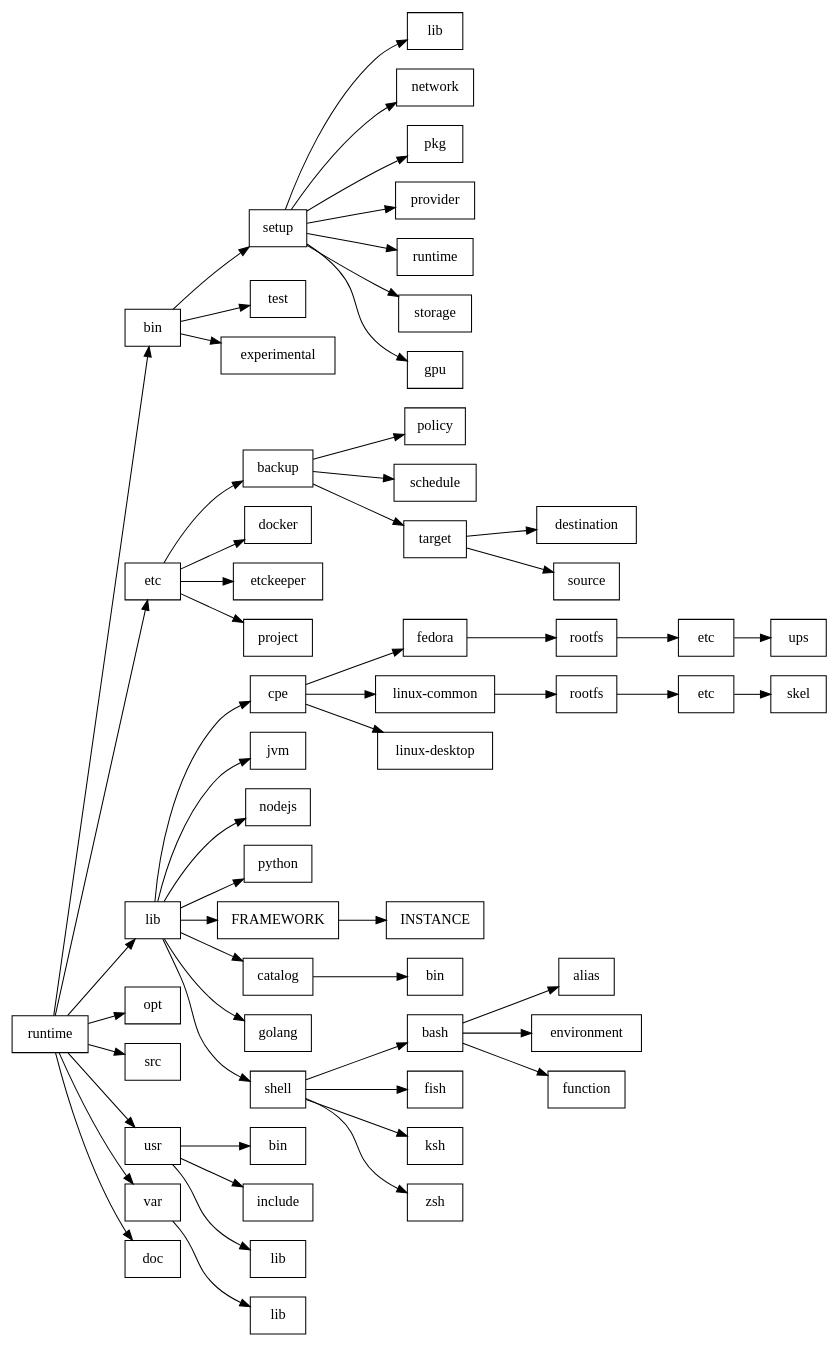
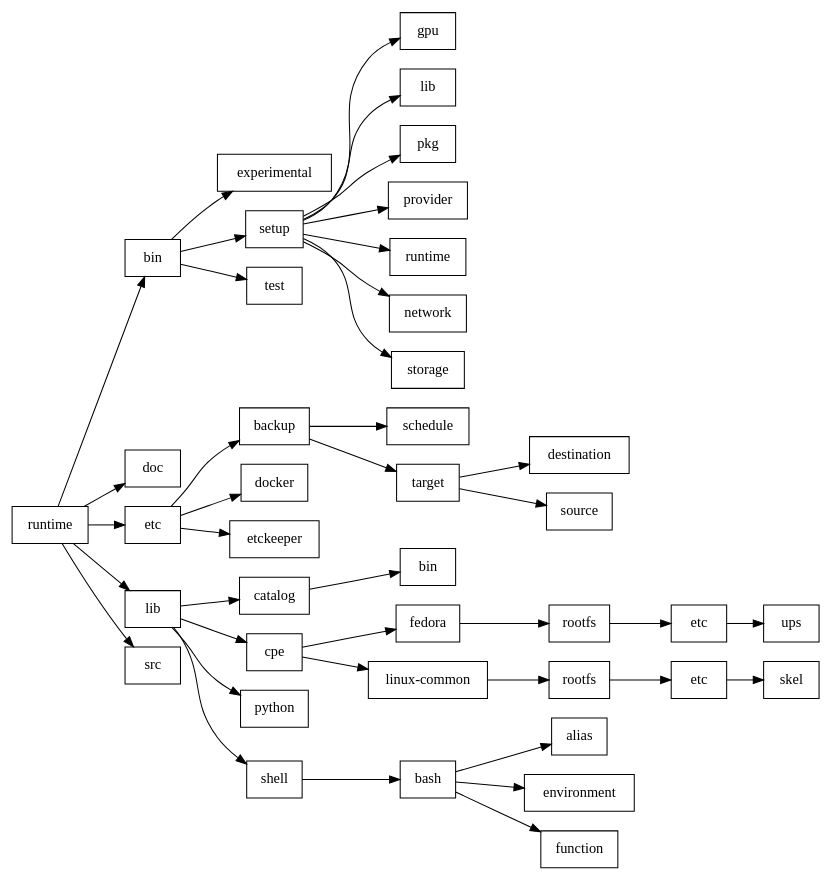
One commit to CDSRV/runtime changed the diagram in doc/runtime-tree.dot. Above: the diagram before and after it, drawn with Graphviz. The commit also changed 4 other files, not shown here.

```diff
--- a/doc/runtime-tree.dot
+++ b/doc/runtime-tree.dot
@@ -1,119 +1,83 @@
 digraph runtime {
 rankdir=LR;
 graph [fontname = helvetica];
 node [shape=record];
 "runtime" -> "runtime/bin";
 "runtime/bin" [label="bin"];
+"runtime/bin" -> "runtime/bin/experimental";
+"runtime/bin/experimental" [label="experimental"];
 "runtime/bin" -> "runtime/bin/setup";
 "runtime/bin/setup" [label="setup"];
+"runtime/bin/setup" -> "runtime/bin/setup/gpu";
+"runtime/bin/setup/gpu" [label="gpu"];
 "runtime/bin/setup" -> "runtime/bin/setup/lib";
 "runtime/bin/setup/lib" [label="lib"];
-"runtime/bin/setup" -> "runtime/bin/setup/network";
-"runtime/bin/setup/network" [label="network"];
 "runtime/bin/setup" -> "runtime/bin/setup/pkg";
 "runtime/bin/setup/pkg" [label="pkg"];
 "runtime/bin/setup" -> "runtime/bin/setup/provider";
 "runtime/bin/setup/provider" [label="provider"];
 "runtime/bin/setup" -> "runtime/bin/setup/runtime";
 "runtime/bin/setup/runtime" [label="runtime"];
+"runtime/bin/setup" -> "runtime/bin/setup/network";
+"runtime/bin/setup/network" [label="network"];
 "runtime/bin/setup" -> "runtime/bin/setup/storage";
 "runtime/bin/setup/storage" [label="storage"];
-"runtime/bin/setup" -> "runtime/bin/setup/gpu";
-"runtime/bin/setup/gpu" [label="gpu"];
 "runtime/bin" -> "runtime/bin/test";
 "runtime/bin/test" [label="test"];
-"runtime/bin" -> "runtime/bin/experimental";
-"runtime/bin/experimental" [label="experimental"];
+"runtime" -> "runtime/doc";
+"runtime/doc" [label="doc"];
 "runtime" -> "runtime/etc";
 "runtime/etc" [label="etc"];
 "runtime/etc" -> "runtime/etc/backup";
 "runtime/etc/backup" [label="backup"];
-"runtime/etc/backup" -> "runtime/etc/backup/policy";
-"runtime/etc/backup/policy" [label="policy"];
 "runtime/etc/backup" -> "runtime/etc/backup/schedule";
 "runtime/etc/backup/schedule" [label="schedule"];
 "runtime/etc/backup" -> "runtime/etc/backup/target";
 "runtime/etc/backup/target" [label="target"];
 "runtime/etc/backup/target" -> "runtime/etc/backup/target/destination";
 "runtime/etc/backup/target/destination" [label="destination"];
 "runtime/etc/backup/target" -> "runtime/etc/backup/target/source";
 "runtime/etc/backup/target/source" [label="source"];
 "runtime/etc" -> "runtime/etc/docker";
 "runtime/etc/docker" [label="docker"];
 "runtime/etc" -> "runtime/etc/etckeeper";
 "runtime/etc/etckeeper" [label="etckeeper"];
-"runtime/etc" -> "runtime/etc/project";
-"runtime/etc/project" [label="project"];
 "runtime" -> "runtime/lib";
 "runtime/lib" [label="lib"];
+"runtime/lib" -> "runtime/lib/catalog";
+"runtime/lib/catalog" [label="catalog"];
+"runtime/lib/catalog" -> "runtime/lib/catalog/bin";
+"runtime/lib/catalog/bin" [label="bin"];
 "runtime/lib" -> "runtime/lib/cpe";
 "runtime/lib/cpe" [label="cpe"];
 "runtime/lib/cpe" -> "runtime/lib/cpe/fedora";
 "runtime/lib/cpe/fedora" [label="fedora"];
 "runtime/lib/cpe/fedora" -> "runtime/lib/cpe/fedora/rootfs";
 "runtime/lib/cpe/fedora/rootfs" [label="rootfs"];
 "runtime/lib/cpe/fedora/rootfs" -> "runtime/lib/cpe/fedora/rootfs/etc";
 "runtime/lib/cpe/fedora/rootfs/etc" [label="etc"];
 "runtime/lib/cpe/fedora/rootfs/etc" -> "runtime/lib/cpe/fedora/rootfs/etc/ups";
 "runtime/lib/cpe/fedora/rootfs/etc/ups" [label="ups"];
 "runtime/lib/cpe" -> "runtime/lib/cpe/linux-common";
 "runtime/lib/cpe/linux-common" [label="linux-common"];
 "runtime/lib/cpe/linux-common" -> "runtime/lib/cpe/linux-common/rootfs";
 "runtime/lib/cpe/linux-common/rootfs" [label="rootfs"];
 "runtime/lib/cpe/linux-common/rootfs" -> "runtime/lib/cpe/linux-common/rootfs/etc";
 "runtime/lib/cpe/linux-common/rootfs/etc" [label="etc"];
 "runtime/lib/cpe/linux-common/rootfs/etc" -> "runtime/lib/cpe/linux-common/rootfs/etc/skel";
 "runtime/lib/cpe/linux-common/rootfs/etc/skel" [label="skel"];
-"runtime/lib/cpe" -> "runtime/lib/cpe/linux-desktop";
-"runtime/lib/cpe/linux-desktop" [label="linux-desktop"];
-"runtime/lib" -> "runtime/lib/jvm";
-"runtime/lib/jvm" [label="jvm"];
-"runtime/lib" -> "runtime/lib/nodejs";
-"runtime/lib/nodejs" [label="nodejs"];
 "runtime/lib" -> "runtime/lib/python";
 "runtime/lib/python" [label="python"];
-"runtime/lib" -> "runtime/lib/FRAMEWORK";
-"runtime/lib/FRAMEWORK" [label="FRAMEWORK"];
-"runtime/lib/FRAMEWORK" -> "runtime/lib/FRAMEWORK/INSTANCE";
-"runtime/lib/FRAMEWORK/INSTANCE" [label="INSTANCE"];
-"runtime/lib" -> "runtime/lib/catalog";
-"runtime/lib/catalog" [label="catalog"];
-"runtime/lib/catalog" -> "runtime/lib/catalog/bin";
-"runtime/lib/catalog/bin" [label="bin"];
-"runtime/lib" -> "runtime/lib/golang";
-"runtime/lib/golang" [label="golang"];
 "runtime/lib" -> "runtime/lib/shell";
 "runtime/lib/shell" [label="shell"];
 "runtime/lib/shell" -> "runtime/lib/shell/bash";
 "runtime/lib/shell/bash" [label="bash"];
 "runtime/lib/shell/bash" -> "runtime/lib/shell/bash/alias";
 "runtime/lib/shell/bash/alias" [label="alias"];
 "runtime/lib/shell/bash" -> "runtime/lib/shell/bash/environment";
 "runtime/lib/shell/bash/environment" [label="environment"];
 "runtime/lib/shell/bash" -> "runtime/lib/shell/bash/function";
 "runtime/lib/shell/bash/function" [label="function"];
-"runtime/lib/shell" -> "runtime/lib/shell/fish";
-"runtime/lib/shell/fish" [label="fish"];
-"runtime/lib/shell" -> "runtime/lib/shell/ksh";
-"runtime/lib/shell/ksh" [label="ksh"];
-"runtime/lib/shell" -> "runtime/lib/shell/zsh";
-"runtime/lib/shell/zsh" [label="zsh"];
-"runtime" -> "runtime/opt";
-"runtime/opt" [label="opt"];
 "runtime" -> "runtime/src";
 "runtime/src" [label="src"];
-"runtime" -> "runtime/usr";
-"runtime/usr" [label="usr"];
-"runtime/usr" -> "runtime/usr/bin";
-"runtime/usr/bin" [label="bin"];
-"runtime/usr" -> "runtime/usr/include";
-"runtime/usr/include" [label="include"];
-"runtime/usr" -> "runtime/usr/lib";
-"runtime/usr/lib" [label="lib"];
-"runtime" -> "runtime/var";
-"runtime/var" [label="var"];
-"runtime/var" -> "runtime/var/lib";
-"runtime/var/lib" [label="lib"];
-"runtime" -> "runtime/doc";
-"runtime/doc" [label="doc"];
 }
```
